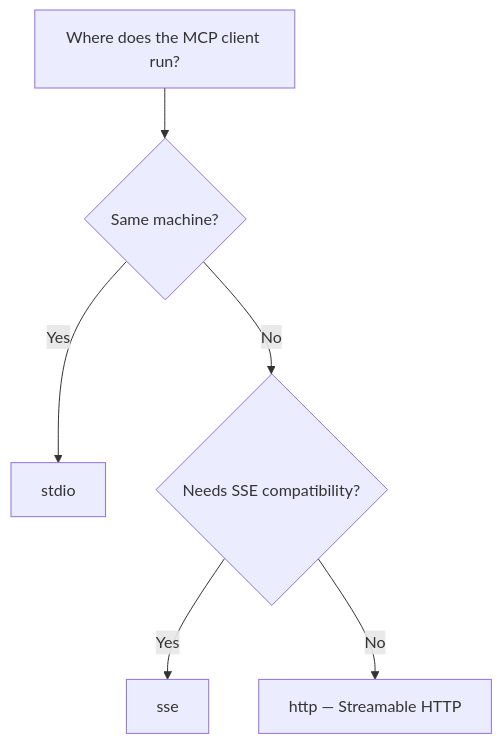
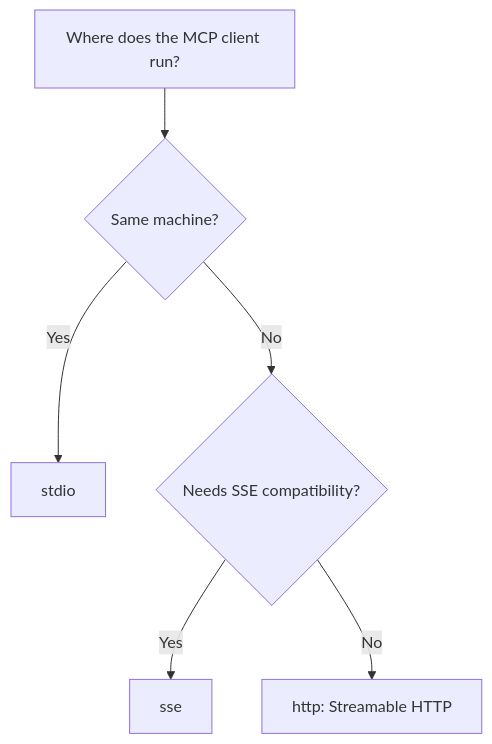
Before and after one commit to CloudEngineHub/DeepMCPAgent: the diagram in docs/mcp/server/deployment.md, drawn with Mermaid. The commit also changed 4 other files, not shown here.

Commit message:
docs: plain punctuation in diagram labels

````diff
--- a/docs/mcp/server/deployment.md
+++ b/docs/mcp/server/deployment.md
@@ -14,8 +14,8 @@
 ```mermaid
 graph TD
     A[Where does the MCP client run?] --> B{Same machine?}
     B -->|Yes| C[stdio]
     B -->|No| D{Needs SSE compatibility?}
     D -->|Yes| E[sse]
-    D -->|No| F[http — Streamable HTTP]
+    D -->|No| F[http: Streamable HTTP]
 ```
````
